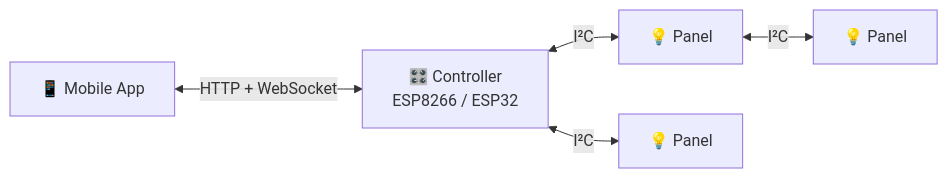
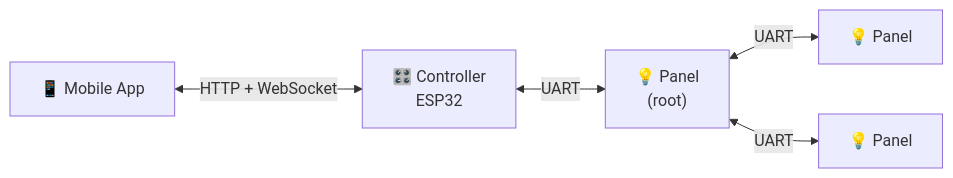
One commit to przemczan/lightnet changed the diagram in docs/index.md. Above: the diagram before and after it, drawn with Mermaid. The commit also changed other lines of this file and 10 other files, not shown here.

````diff
--- a/docs/index.md
+++ b/docs/index.md
@@ -28,7 +28,7 @@
 ```mermaid
 graph LR
-  App["📱 Mobile App"] <-->|"HTTP + WebSocket"| C["🎛️ Controller<br/>ESP8266 / ESP32"]
-  C <-->|I²C| P1["💡 Panel"]
-  C <-->|I²C| P2["💡 Panel"]
-  P1 <-->|I²C| P3["💡 Panel"]
+  App["📱 Mobile App"] <-->|"HTTP + WebSocket"| C["🎛️ Controller<br/>ESP32"]
+  C <-->|UART| P1["💡 Panel<br/>(root)"]
+  P1 <-->|UART| P2["💡 Panel"]
+  P1 <-->|UART| P3["💡 Panel"]
 ```
````
